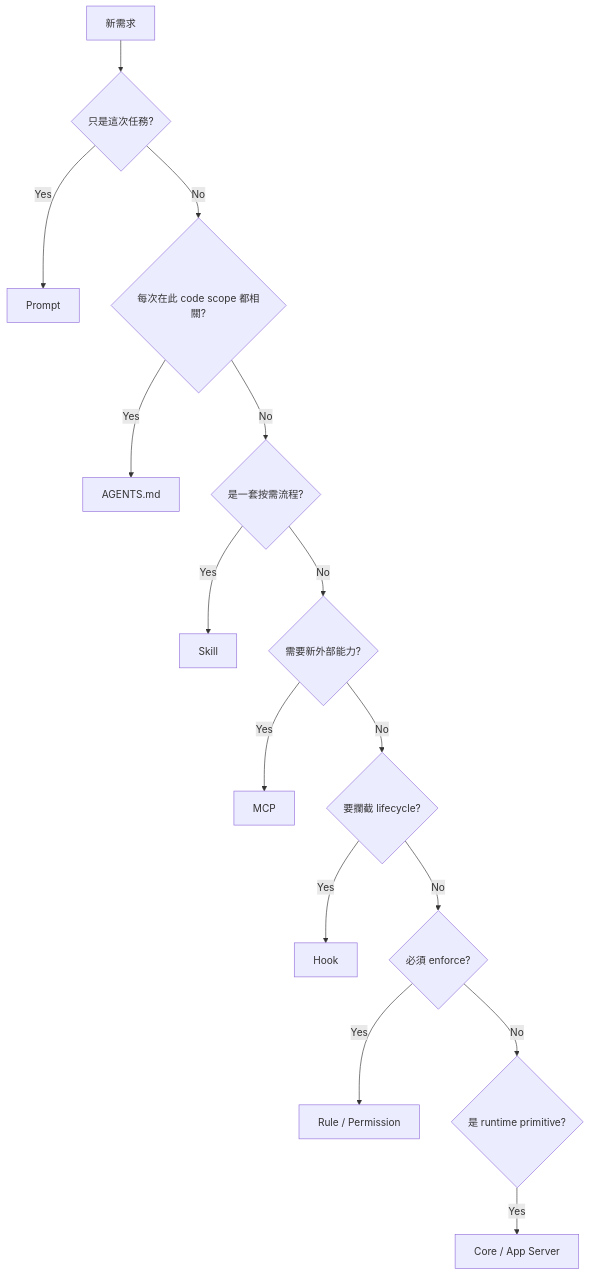
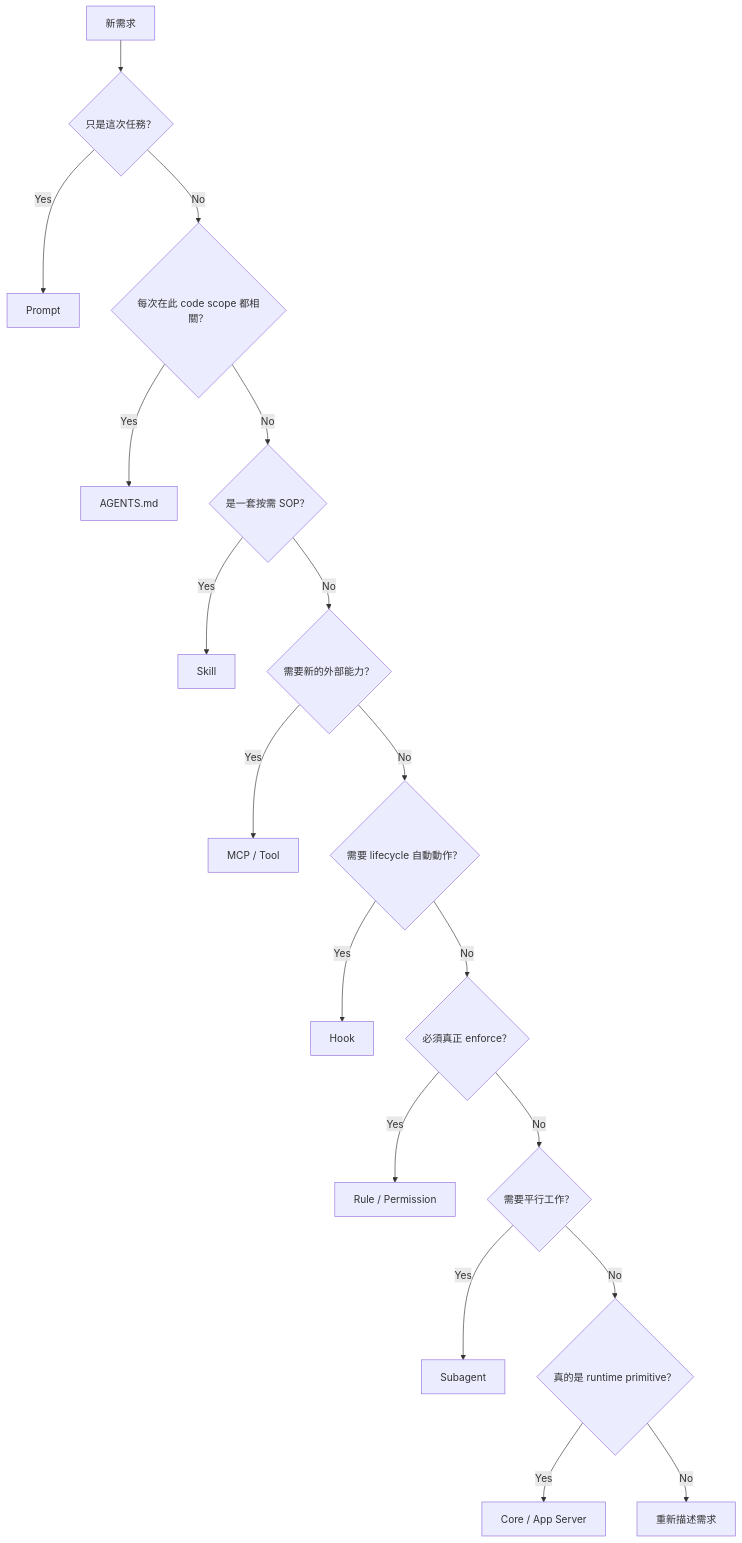
One commit to indigofeather/harness-book changed the sixth of 7 diagrams in docs/applications/where-should-behavior-live.md. Above: the diagram before and after it, drawn with Mermaid. The commit also changed other lines of this file, not shown here.

````diff
--- a/docs/applications/where-should-behavior-live.md
+++ b/docs/applications/where-should-behavior-live.md
@@ -102,17 +230,20 @@
 ```mermaid
 flowchart TD
-  A[新需求] --> B{只是這次任務?}
+  A[新需求] --> B{只是這次任務？}
   B -->|Yes| P[Prompt]
-  B -->|No| C{每次在此 code scope 都相關?}
+  B -->|No| C{每次在此 code scope 都相關？}
   C -->|Yes| G[AGENTS.md]
-  C -->|No| D{是一套按需流程?}
+  C -->|No| D{是一套按需 SOP？}
   D -->|Yes| S[Skill]
-  D -->|No| E{需要新外部能力?}
-  E -->|Yes| M[MCP]
-  E -->|No| F{要攔截 lifecycle?}
+  D -->|No| E{需要新的外部能力？}
+  E -->|Yes| M[MCP / Tool]
+  E -->|No| F{需要 lifecycle 自動動作？}
   F -->|Yes| H[Hook]
-  F -->|No| I{必須 enforce?}
+  F -->|No| I{必須真正 enforce？}
   I -->|Yes| R[Rule / Permission]
-  I -->|No| J{是 runtime primitive?}
-  J -->|Yes| K[Core / App Server]
+  I -->|No| J{需要平行工作？}
+  J -->|Yes| SA[Subagent]
+  J -->|No| K{真的是 runtime primitive？}
+  K -->|Yes| CORE[Core / App Server]
+  K -->|No| Z[重新描述需求]
 ```
````
